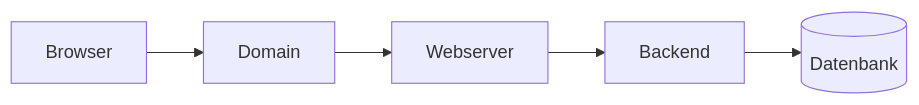
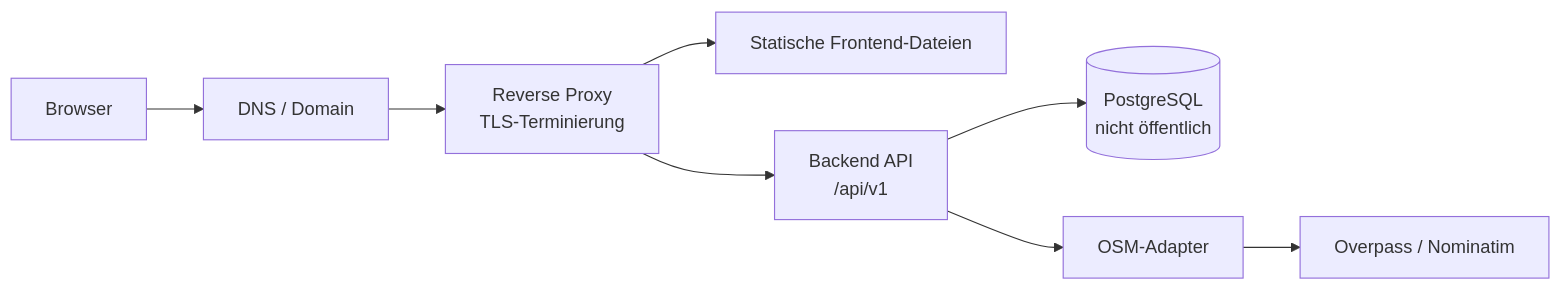
Before and after one commit to ahil-trq/thm_wk-1106_food-mood: the diagram in docs/arch/diagrams/deployment.mmd, drawn with Mermaid. The commit also changed 18 other files, not shown here.

```diff
--- a/docs/arch/diagrams/deployment.mmd
+++ b/docs/arch/diagrams/deployment.mmd
@@ -1,8 +1,15 @@
 flowchart LR
     BROWSER[Browser]
-    DOMAIN[Domain]
-    WEB[Webserver]
-    BACK[Backend]
-    DB[(Datenbank)]
+    DOMAIN[DNS / Domain]
+    PROXY[Reverse Proxy<br/>TLS-Terminierung]
+    FRONT[Statische Frontend-Dateien]
+    API[Backend API<br/>/api/v1]
+    DB[(PostgreSQL<br/>nicht öffentlich)]
+    ADAPTER[OSM-Adapter]
+    OSM[Overpass / Nominatim]
 
-    BROWSER --> DOMAIN --> WEB --> BACK --> DB
+    BROWSER --> DOMAIN --> PROXY
+    PROXY --> FRONT
+    PROXY --> API
+    API --> DB
+    API --> ADAPTER --> OSM
```
